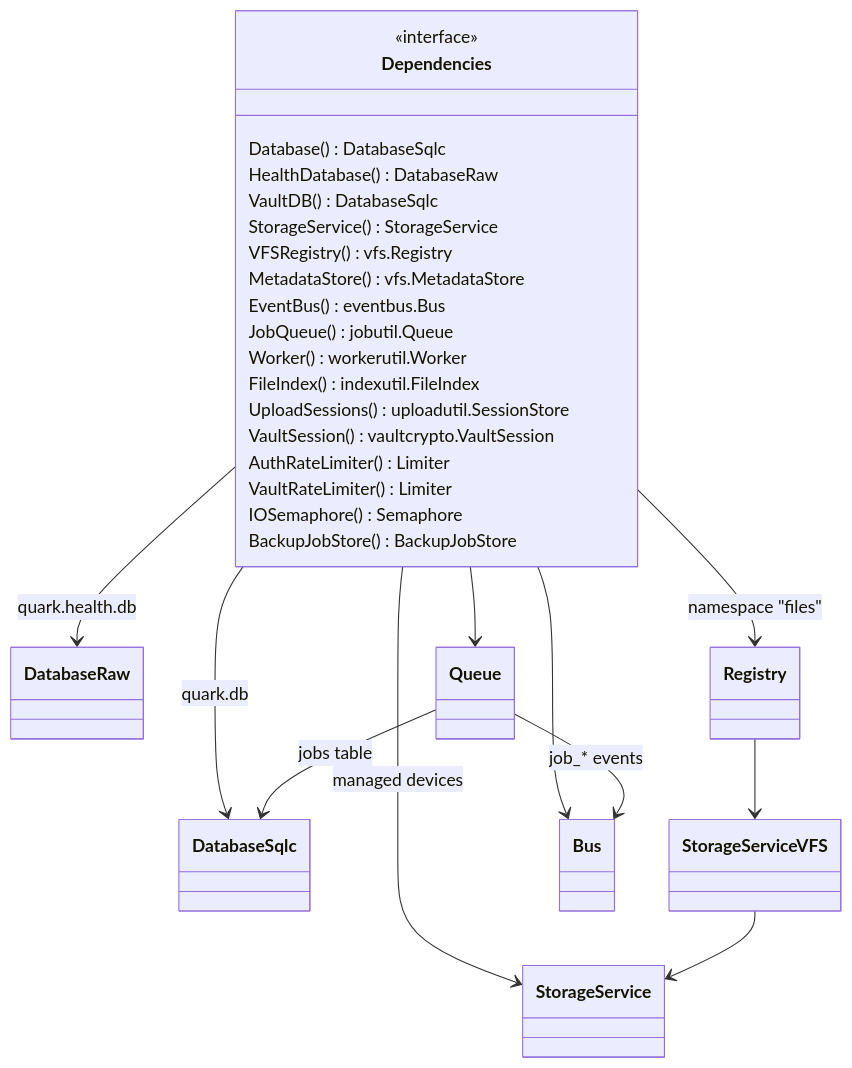
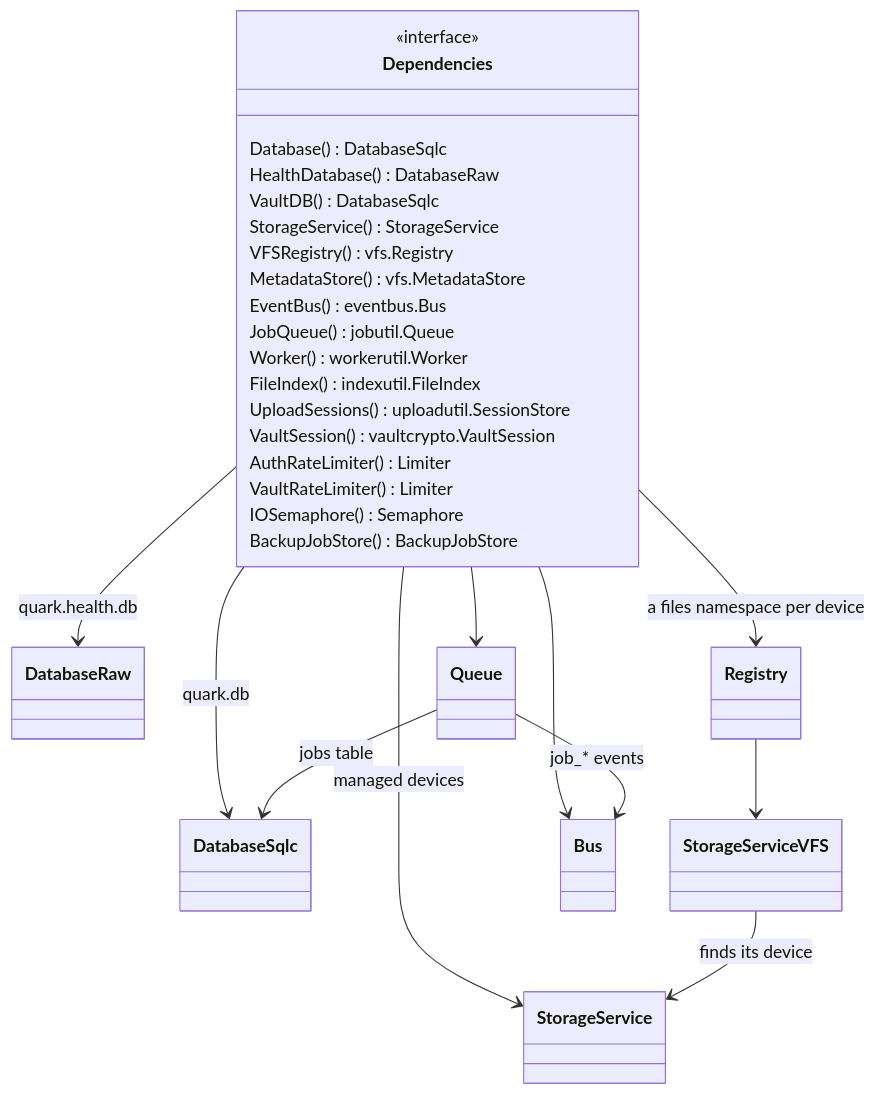
The second of 4 diagrams in docs/architecture/backend.md (autobutler-org/quark), drawn with Mermaid before and after one commit. The commit also changed 41 other files, not shown here.

````diff
--- a/docs/architecture/backend.md
+++ b/docs/architecture/backend.md
@@ -64,32 +64,32 @@
 ```mermaid
 classDiagram
     class Dependencies {
         <<interface>>
         Database() DatabaseSqlc
         HealthDatabase() DatabaseRaw
         VaultDB() DatabaseSqlc
         StorageService() StorageService
         VFSRegistry() vfs.Registry
         MetadataStore() vfs.MetadataStore
         EventBus() eventbus.Bus
         JobQueue() jobutil.Queue
         Worker() workerutil.Worker
         FileIndex() indexutil.FileIndex
         UploadSessions() uploadutil.SessionStore
         VaultSession() vaultcrypto.VaultSession
         AuthRateLimiter() Limiter
         VaultRateLimiter() Limiter
         IOSemaphore() Semaphore
         BackupJobStore() BackupJobStore
     }
     Dependencies --> DatabaseSqlc : quark.db
     Dependencies --> DatabaseRaw : quark.health.db
     Dependencies --> StorageService : managed devices
-    Dependencies --> Registry : namespace "files"
+    Dependencies --> Registry : a files namespace per device
     Registry --> StorageServiceVFS
-    StorageServiceVFS --> StorageService
+    StorageServiceVFS --> StorageService : finds its device
     Dependencies --> Bus
     Dependencies --> Queue
     Queue --> DatabaseSqlc : jobs table
     Queue --> Bus : job_* events
 ```
````
